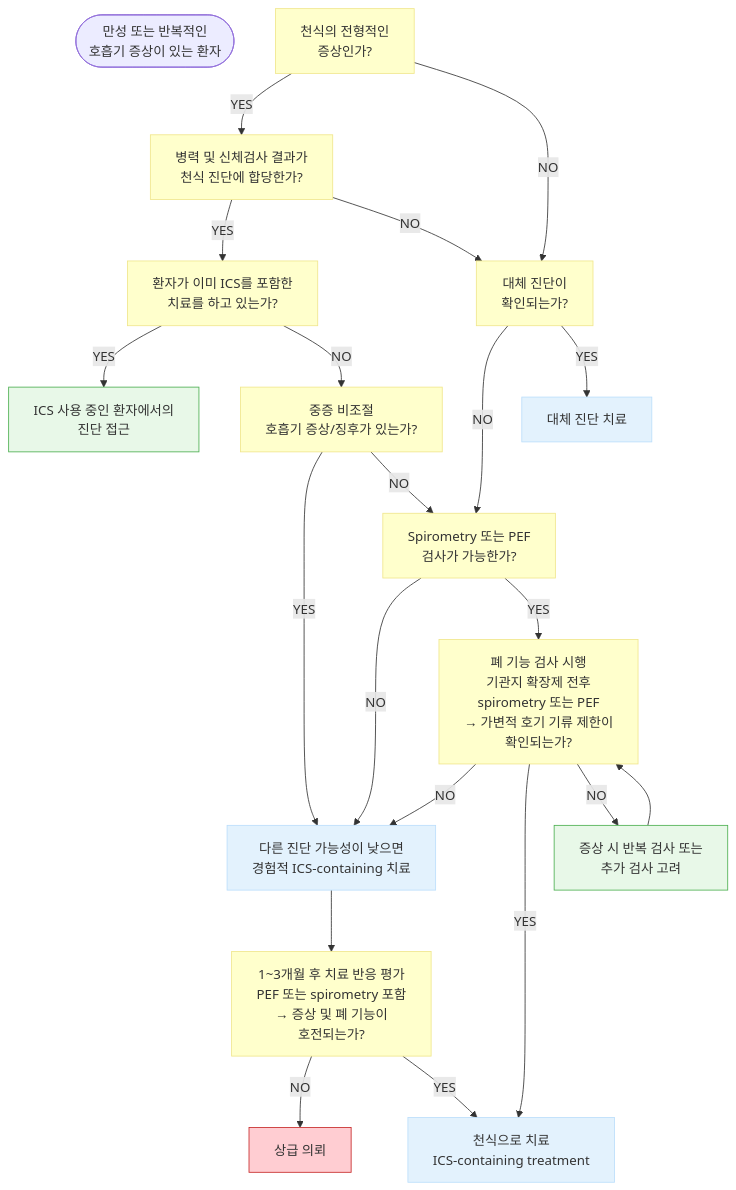
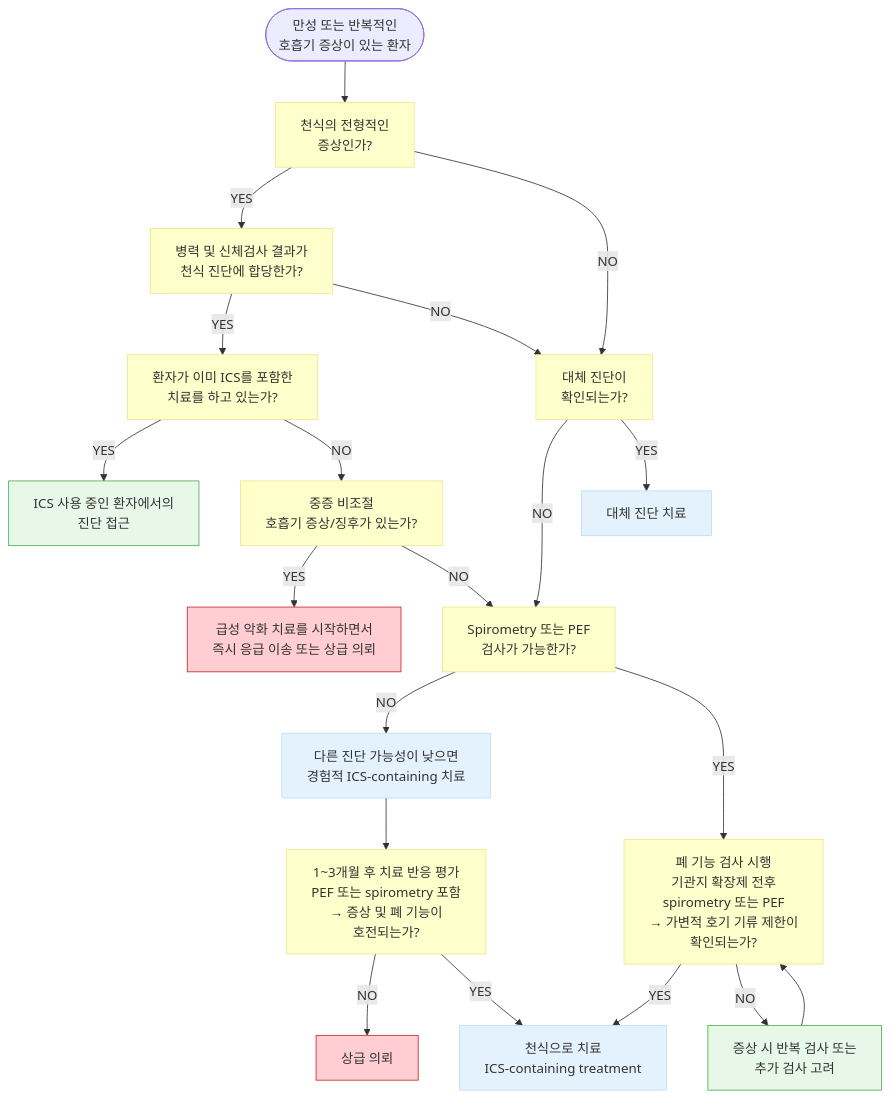
One commit to familyoh77/familyoh77 changed the first of 2 diagrams in 223_/071_-asthma.md. Above: the diagram before and after it, drawn with Mermaid. The commit also changed other lines of this file and 7 other files, not shown here.

````diff
--- a/223_/071_-asthma.md
+++ b/223_/071_-asthma.md
@@ -248,49 +254,49 @@
 ```mermaid
 graph TD
     classDef yellow fill:#ffffcc,stroke:#f0e68c
     classDef purple fill:#f3e5f5,stroke:#e1bee7,stroke-width:1px
     classDef blue fill:#e3f2fd,stroke:#bbdefb,stroke-width:1px
     classDef lightGreen fill:#e8f8e8,stroke:#4caf50
     classDef L_red fill:#ffcdd2,stroke:#c62828,stroke-width:1px
     Start([만성 또는 반복적인<br/>호흡기 증상이 있는 환자])
     Q1[천식의 전형적인<br/>증상인가?]:::yellow
     Q2[병력 및 신체검사 결과가<br/>천식 진단에 합당한가?]:::yellow
     Q3[환자가 이미 ICS를 포함한<br/>치료를 하고 있는가?]:::yellow
     Q4[중증 비조절<br/>호흡기 증상/징후가 있는가?]:::yellow
     Q5[Spirometry 또는 PEF<br/>검사가 가능한가?]:::yellow
     Q6[폐 기능 검사 시행<br/>기관지 확장제 전후<br/>spirometry 또는 PEF
     → 가변적 호기 기류 제한이<br/>확인되는가?]:::yellow
     Q7[대체 진단이<br/>확인되는가?]:::yellow
     Q8[1~3개월 후 치료 반응 평가<br/>PEF 또는 spirometry 포함
     → 증상 및 폐 기능이<br/>호전되는가?]:::yellow
     
     Step1[ICS 사용 중인 환자에서의<br/>진단 접근]:::lightGreen
     Empirical[다른 진단 가능성이 낮으면<br/>경험적 ICS-containing 치료]:::blue
+    Urgent[급성 악화 치료를 시작하면서<br/>즉시 응급 이송 또는 상급 의뢰]:::L_red
     Repeat[증상 시 반복 검사 또는<br/>추가 검사 고려]:::lightGreen
     ResultAsthma[천식으로 치료<br/>ICS-containing treatment]:::blue
     ResultAlt[대체 진단 치료]:::blue
     Refer[상급 의뢰]:::L_red
     
-    Start 
+    Start --> Q1
     Q1 -- "YES" --> Q2
     Q1 -- "NO" --> Q7
     Q2 -- "YES" --> Q3
     Q2 -- "NO" --> Q7
     Q7 -- "NO" --> Q5
     Q7 -- "YES" --> ResultAlt
     Q3 -- "YES" --> Step1
     Q3 -- "NO" --> Q4
-    Q4 -- "YES" --> Empirical
+    Q4 -- "YES" --> Urgent
     Q4 -- "NO" --> Q5
     Q5 -- "NO" --> Empirical
     Q5 -- "YES" --> Q6
-    Q6 -- "NO" --> Empirical
     Q6 -- "YES" --> ResultAsthma
     Q6 -- "NO" --> Repeat
     Repeat --> Q6
     Empirical --> Q8
     Q8 -- "NO" --> Refer
     Q8 -- "YES" --> ResultAsthma
 
 
 ```
````
